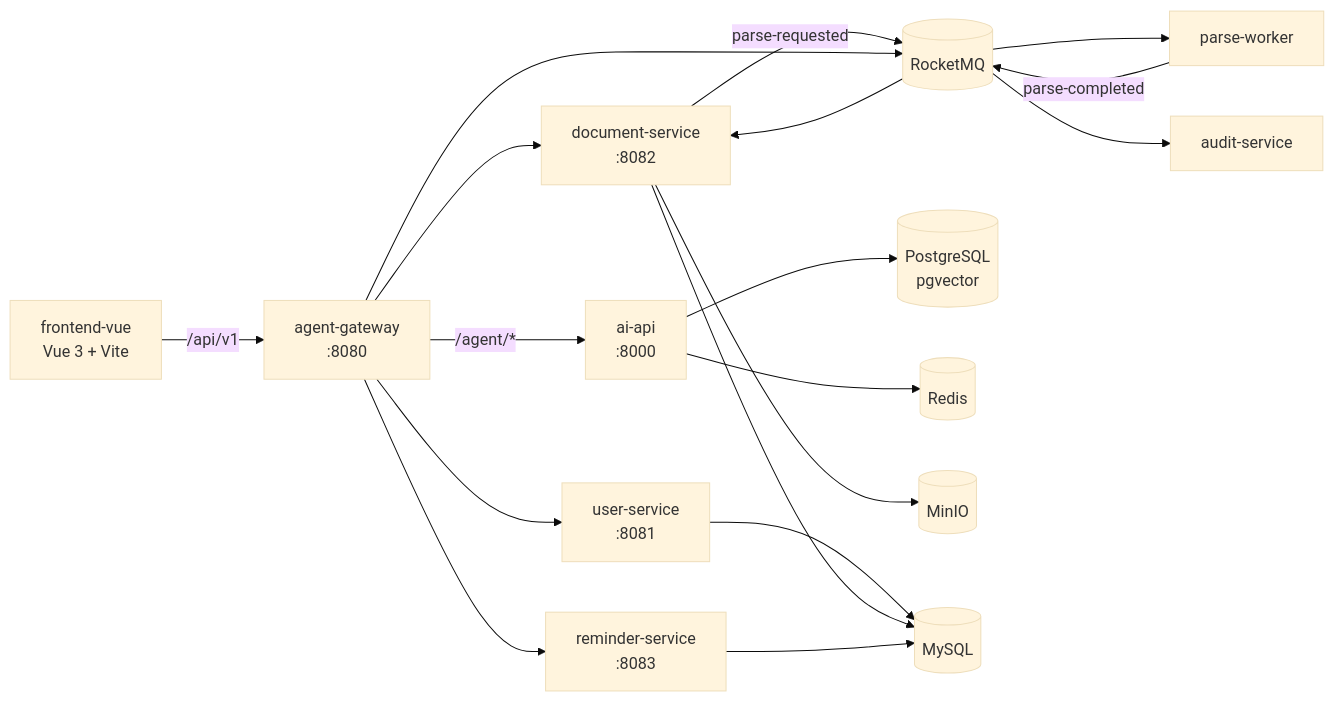
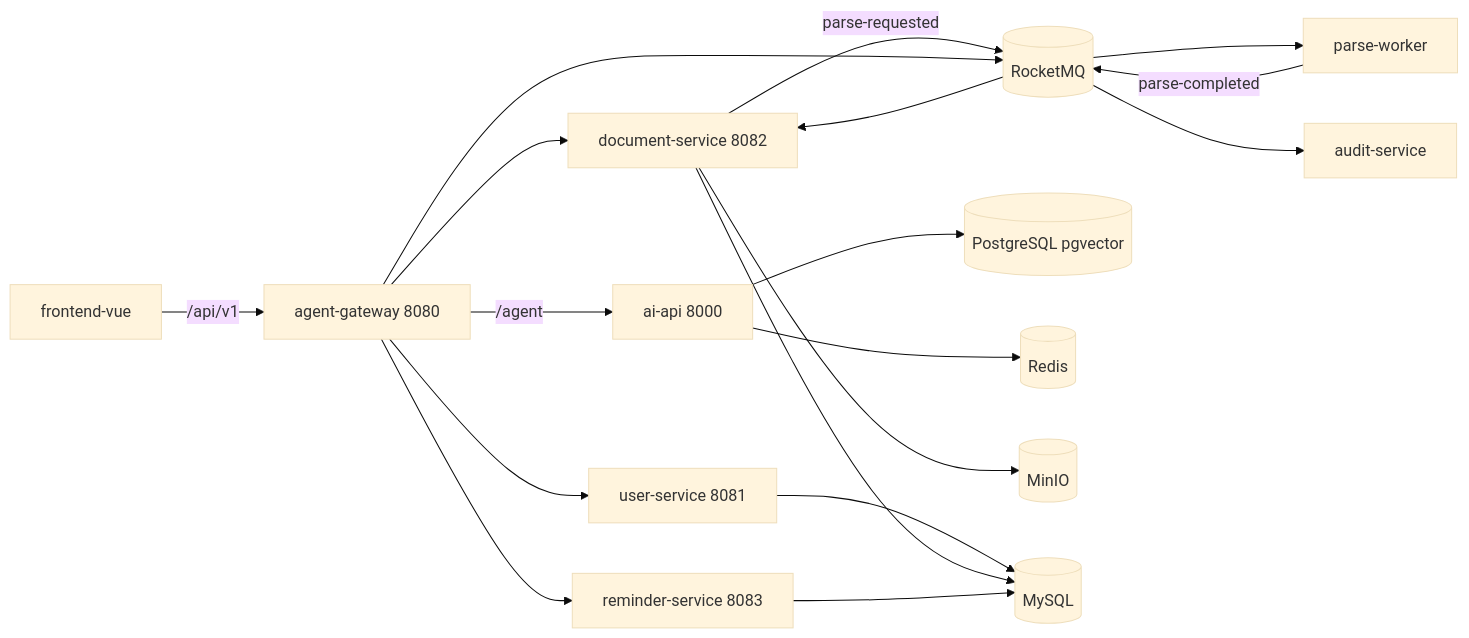
Before and after one commit to ybw0405-study/DocQA: the diagram in README.md, drawn with Mermaid (base theme).

Commit message:
docs: 修复 README Mermaid 架构图渲染语法

````diff
--- a/README.md
+++ b/README.md
@@ -56,20 +56,20 @@
 ```mermaid
 flowchart LR
-    FE["frontend-vue<br/>Vue 3 + Vite"] -->|"/api/v1"| GW["agent-gateway<br/>:8080"]
-    GW --> US["user-service<br/>:8081"]
-    GW --> DS["document-service<br/>:8082"]
-    GW --> RS["reminder-service<br/>:8083"]
-    GW -->|"/agent/*"| AI["ai-api<br/>:8000"]
-    DS -->|"parse-requested"| MQ[("RocketMQ")]
-    MQ --> PW["parse-worker"]
-    PW -->|"parse-completed"| MQ
+    FE[frontend-vue] -->|/api/v1| GW[agent-gateway 8080]
+    GW --> US[user-service 8081]
+    GW --> DS[document-service 8082]
+    GW --> RS[reminder-service 8083]
+    GW -->|/agent| AI[ai-api 8000]
+    DS -->|parse-requested| MQ[(RocketMQ)]
+    MQ --> PW[parse-worker]
+    PW -->|parse-completed| MQ
     MQ --> DS
-    MQ --> AUD["audit-service"]
-    AI --> PG[("PostgreSQL<br/>pgvector")]
-    AI --> REDIS[("Redis")]
-    DS --> MINIO[("MinIO")]
-    US --> MYSQL[("MySQL")]
+    MQ --> AUD[audit-service]
+    AI --> PG[(PostgreSQL pgvector)]
+    AI --> REDIS[(Redis)]
+    DS --> MINIO[(MinIO)]
+    US --> MYSQL[(MySQL)]
     DS --> MYSQL
     RS --> MYSQL
     GW --> MQ
 ```
````
